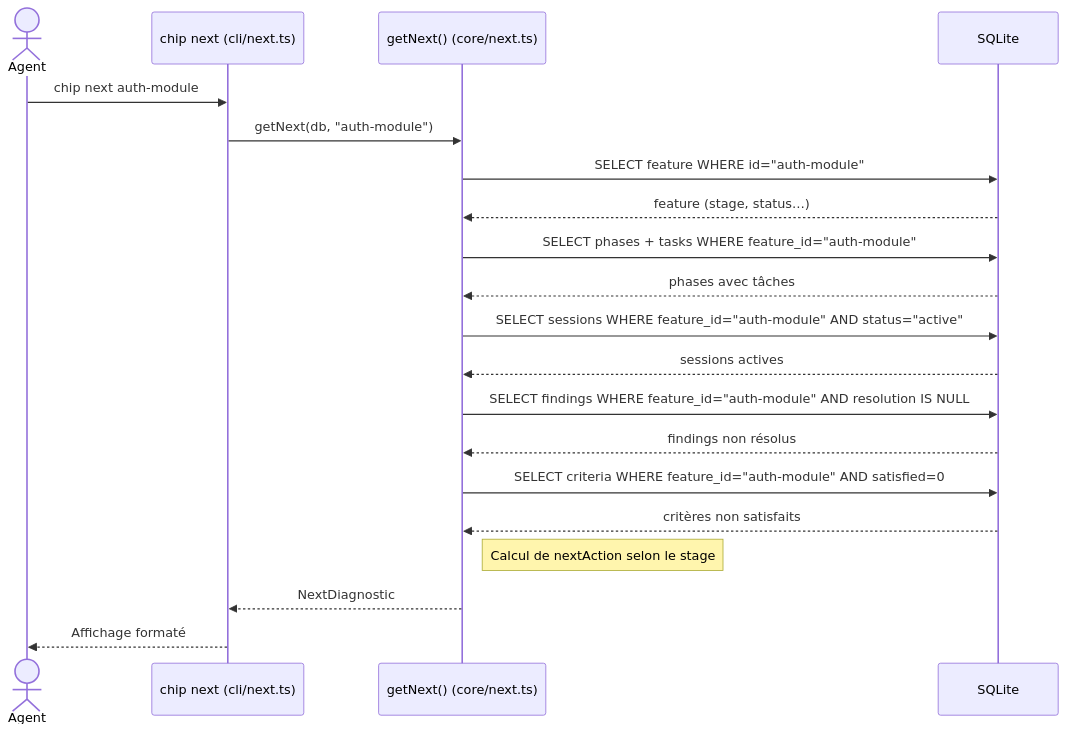
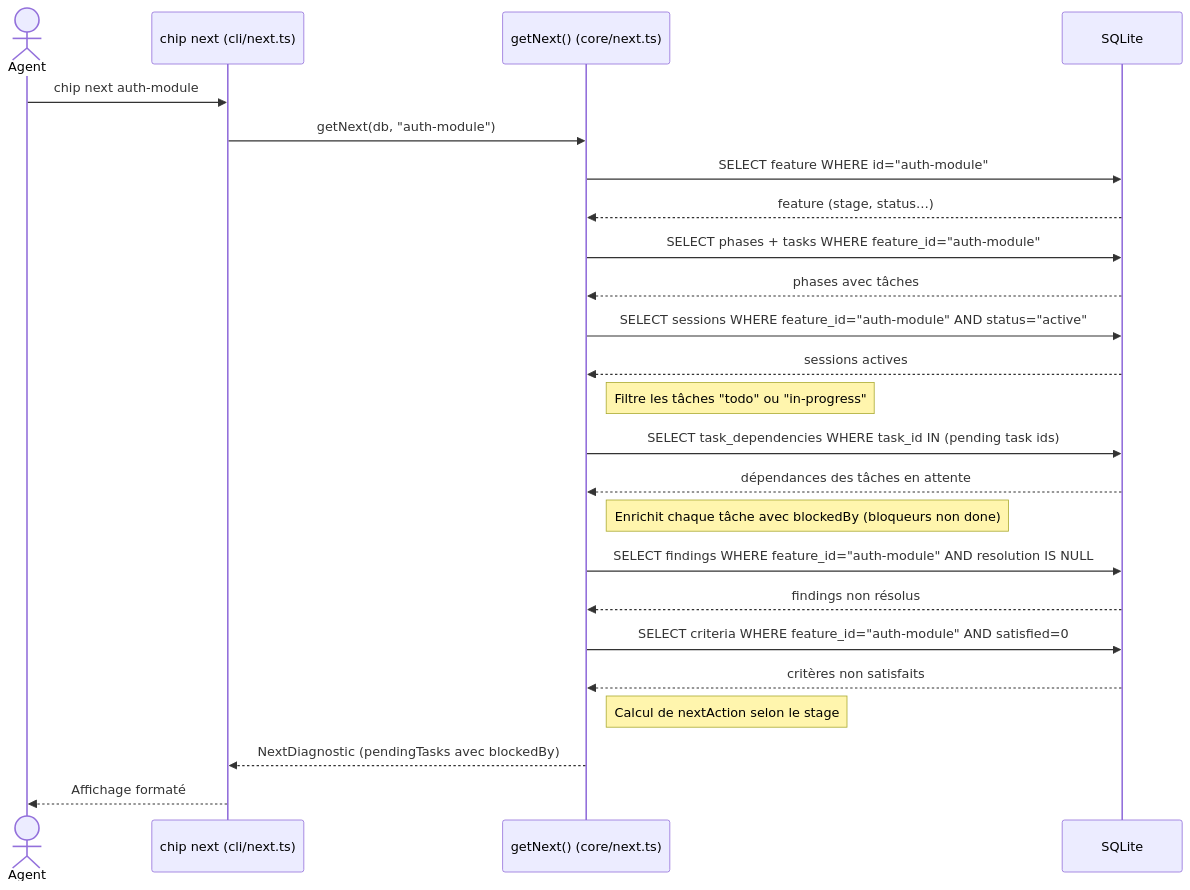
The first of 2 diagrams in docs/flux/diagnostic-next.md (KristenJestin/chip), drawn with Mermaid before and after one commit. The commit also changed other lines of this file and 26 other files, not shown here.

````diff
--- a/docs/flux/diagnostic-next.md
+++ b/docs/flux/diagnostic-next.md
@@ -32,29 +35,35 @@
 ```mermaid
 sequenceDiagram
     actor Agent
     participant CLI as chip next (cli/next.ts)
     participant Core as getNext() (core/next.ts)
     participant DB as SQLite
 
     Agent->>CLI: chip next auth-module
     CLI->>Core: getNext(db, "auth-module")
 
     Core->>DB: SELECT feature WHERE id="auth-module"
     DB-->>Core: feature (stage, status…)
 
     Core->>DB: SELECT phases + tasks WHERE feature_id="auth-module"
     DB-->>Core: phases avec tâches
 
     Core->>DB: SELECT sessions WHERE feature_id="auth-module" AND status="active"
     DB-->>Core: sessions actives
 
+    Note right of Core: Filtre les tâches "todo" ou "in-progress"
+    Core->>DB: SELECT task_dependencies WHERE task_id IN (pending task ids)
+    DB-->>Core: dépendances des tâches en attente
+
+    Note right of Core: Enrichit chaque tâche avec blockedBy (bloqueurs non done)
+
     Core->>DB: SELECT findings WHERE feature_id="auth-module" AND resolution IS NULL
     DB-->>Core: findings non résolus
 
     Core->>DB: SELECT criteria WHERE feature_id="auth-module" AND satisfied=0
     DB-->>Core: critères non satisfaits
 
     Note right of Core: Calcul de nextAction selon le stage
-    Core-->>CLI: NextDiagnostic
+    Core-->>CLI: NextDiagnostic (pendingTasks avec blockedBy)
     CLI-->>Agent: Affichage formaté
 ```
````
